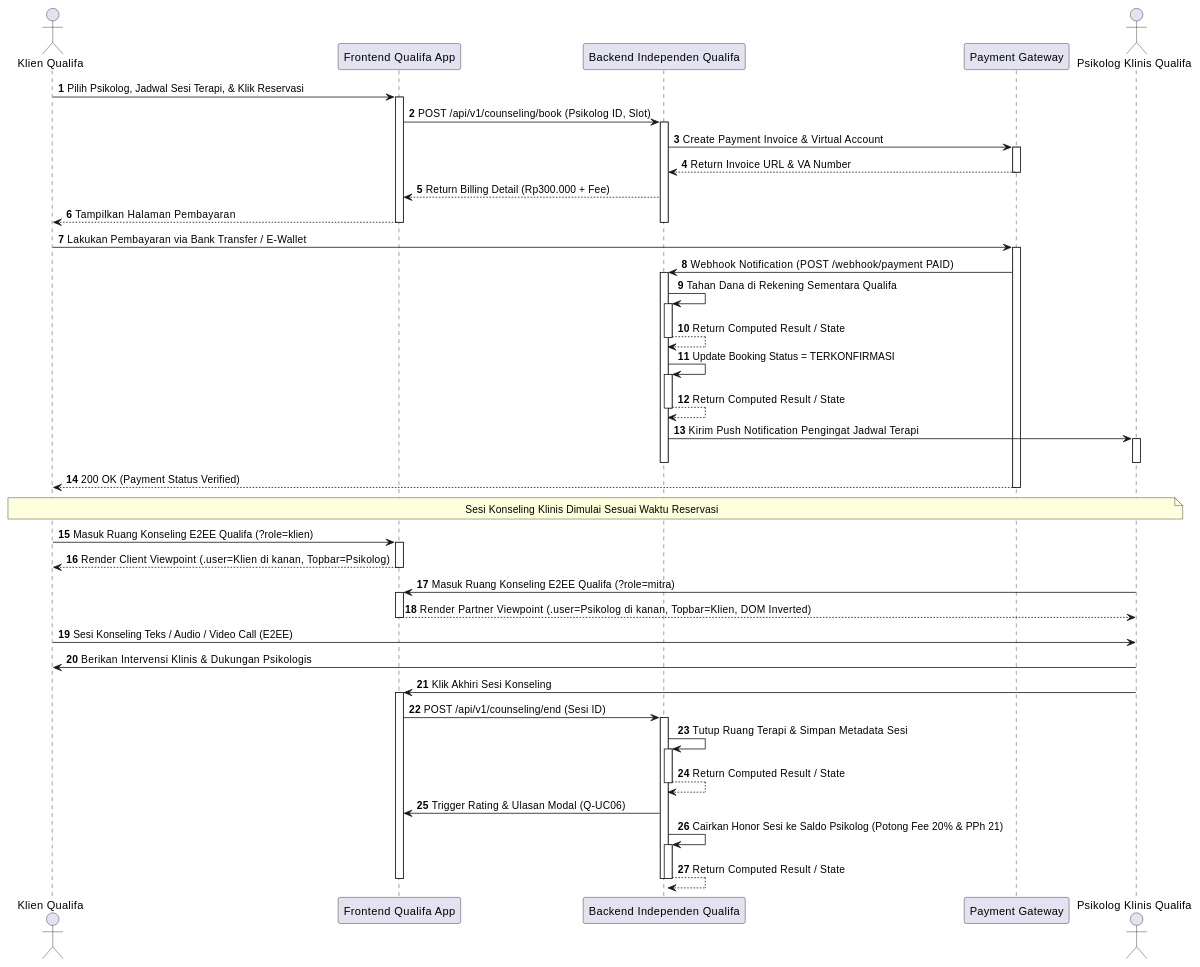
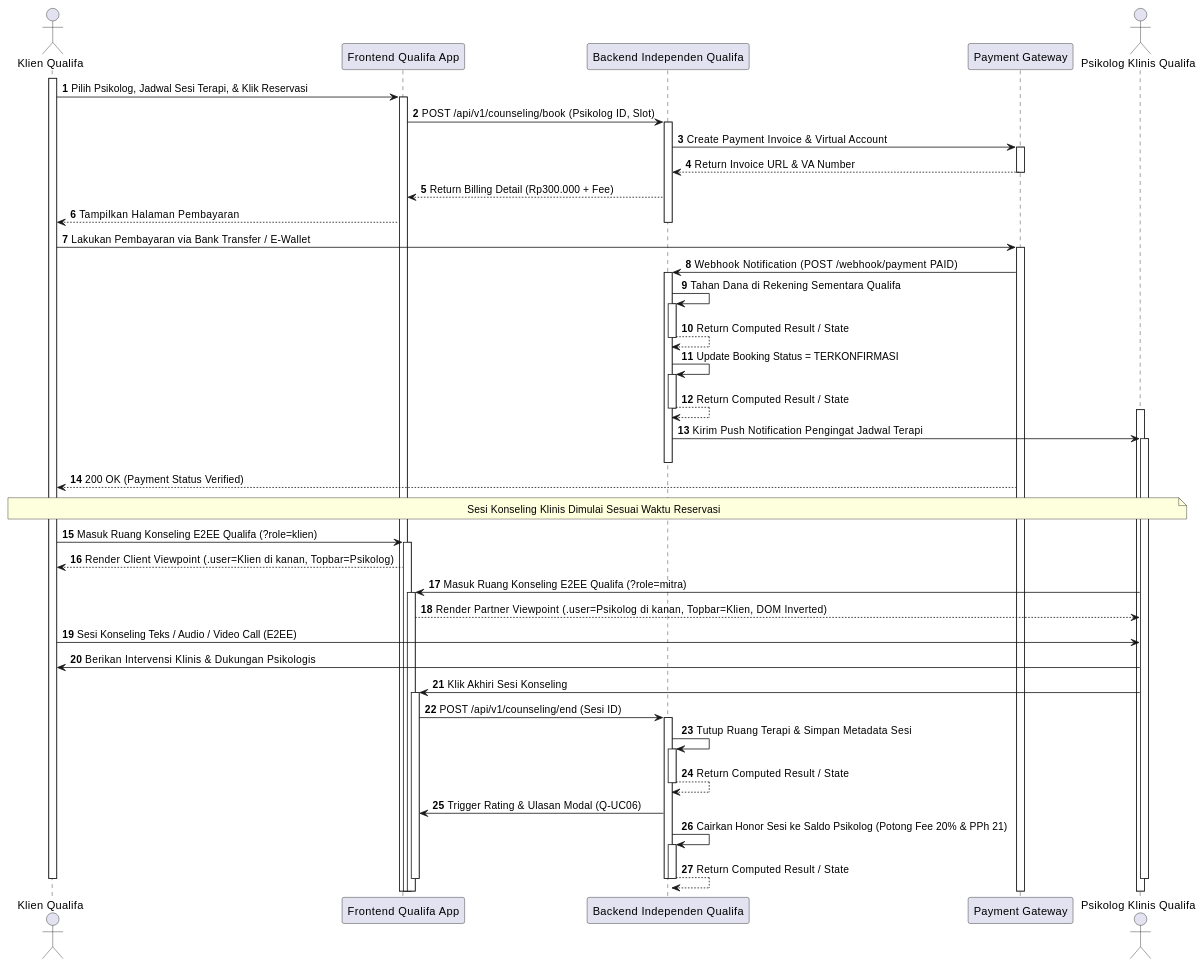
Diagram 18 of 27 in MarkDown/plantuml_sequence_diagrams.md (tupperwureism/SuperApp-Gagal), drawn with PlantUML before and after one commit. The commit also changed other lines of this file and 2 other files, not shown here.

Commit message:
fix(uml): remove shorthand deactivations from actor return arrows and prevent double deactivations across SD Justifiqa and Qualifa

````diff
--- a/MarkDown/plantuml_sequence_diagrams.md
+++ b/MarkDown/plantuml_sequence_diagrams.md
@@ -915,47 +898,50 @@
 ```plantuml
 @startuml
 autonumber
 actor "Klien Qualifa" as Klien
 participant "Frontend Qualifa App" as FE
 participant "Backend Independen Qualifa" as BE
 participant "Payment Gateway" as PG
 actor "Psikolog Klinis Qualifa" as Mitra
 
+activate Klien
 Klien -> FE ++ : Pilih Psikolog, Jadwal Sesi Terapi, & Klik Reservasi
 FE -> BE ++ : POST /api/v1/counseling/book (Psikolog ID, Slot)
 BE -> PG ++ : Create Payment Invoice & Virtual Account
 PG --> BE -- : Return Invoice URL & VA Number
 BE --> FE : Return Billing Detail (Rp300.000 + Fee)
-FE --> Klien -- : Tampilkan Halaman Pembayaran
+FE --> Klien : Tampilkan Halaman Pembayaran
 deactivate BE
 
 Klien -> PG ++ : Lakukan Pembayaran via Bank Transfer / E-Wallet
 PG -> BE ++ : Webhook Notification (POST /webhook/payment PAID)
 BE -> BE ++ : Tahan Dana di Rekening Sementara Qualifa
 BE --> BE -- : Return Computed Result / State
 BE -> BE ++ : Update Booking Status = TERKONFIRMASI
 BE --> BE -- : Return Computed Result / State
+activate Mitra
 BE -> Mitra ++ : Kirim Push Notification Pengingat Jadwal Terapi
-deactivate Mitra
 deactivate BE
-PG --> Klien -- : 200 OK (Payment Status Verified)
+PG --> Klien : 200 OK (Payment Status Verified)
 
 note over Klien, Mitra : Sesi Konseling Klinis Dimulai Sesuai Waktu Reservasi
 Klien -> FE ++ : Masuk Ruang Konseling E2EE Qualifa (?role=klien)
-FE --> Klien -- : Render Client Viewpoint (.user=Klien di kanan, Topbar=Psikolog)
+FE --> Klien : Render Client Viewpoint (.user=Klien di kanan, Topbar=Psikolog)
 Mitra -> FE ++ : Masuk Ruang Konseling E2EE Qualifa (?role=mitra)
-FE --> Mitra -- : Render Partner Viewpoint (.user=Psikolog di kanan, Topbar=Klien, DOM Inverted)
+FE --> Mitra : Render Partner Viewpoint (.user=Psikolog di kanan, Topbar=Klien, DOM Inverted)
 Klien -> Mitra : Sesi Konseling Teks / Audio / Video Call (E2EE)
 Mitra -> Klien : Berikan Intervensi Klinis & Dukungan Psikologis
 
 Mitra -> FE ++ : Klik Akhiri Sesi Konseling
 FE -> BE ++ : POST /api/v1/counseling/end (Sesi ID)
 BE -> BE ++ : Tutup Ruang Terapi & Simpan Metadata Sesi
 BE --> BE -- : Return Computed Result / State
 BE -> FE : Trigger Rating & Ulasan Modal (Q-UC06)
 BE -> BE ++ : Cairkan Honor Sesi ke Saldo Psikolog (Potong Fee 20% & PPh 21)
 BE --> BE -- : Return Computed Result / State
 deactivate BE
 deactivate FE
+deactivate Klien
+deactivate Mitra
 @enduml
 ```
````
